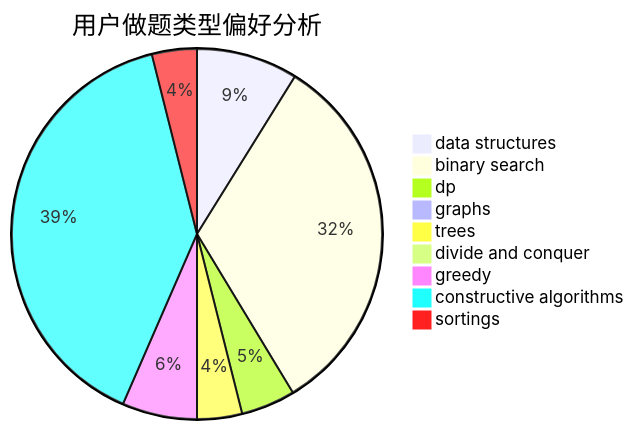
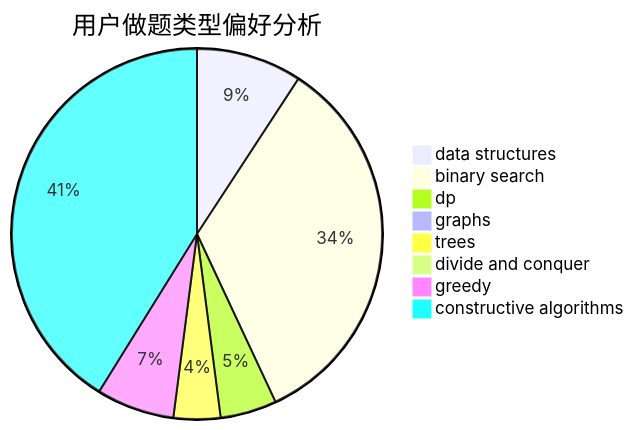
Before and after one commit to sherpahu/cfrs.github.io: the second of 3 diagrams in docs/user/u596.md, drawn with Mermaid. The commit also changed other lines of this file and 2769 other files, not shown here.

````diff
--- a/docs/user/u596.md
+++ b/docs/user/u596.md
@@ -18,12 +18,11 @@
 ```mermaid
 pie title 用户做题类型偏好分析
     "data structures" :  88
     "binary search" :  323
     "dp" :  47
     "graphs" :  9
     "trees" :  39
     "divide and conquer" :  0
     "greedy" :  65
     "constructive algorithms" :  393
-    "sortings" :  39
 ```
````
